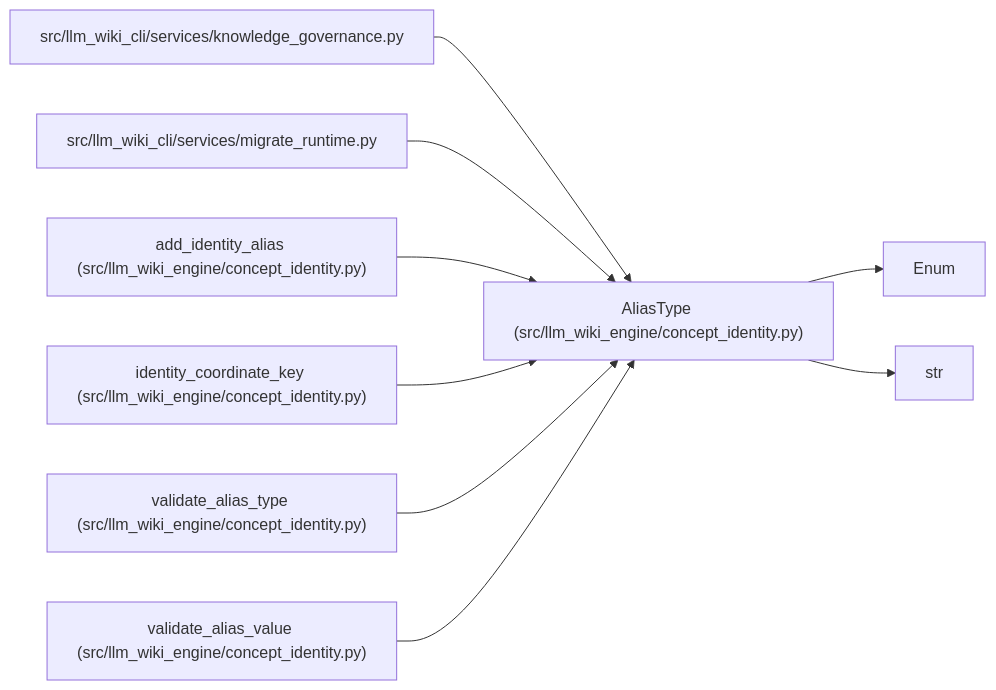
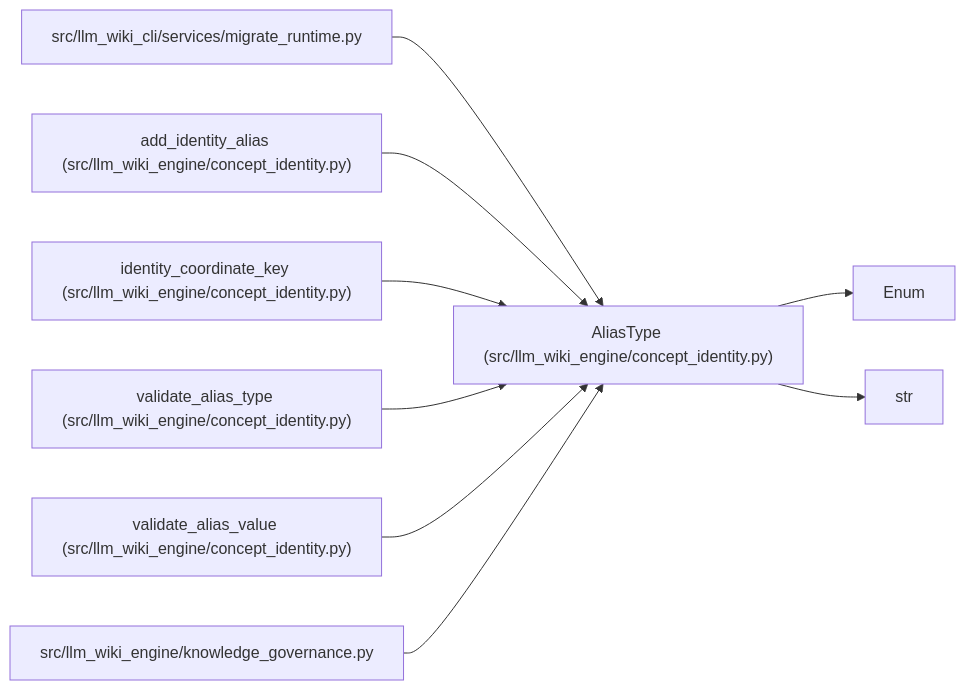
Before and after one commit to Denissvgn/python-wiki-llm: the diagram in docs/llm_wiki/entities/AliasType.md, drawn with Mermaid. The commit also changed 1058 other files, not shown here.

First line of the commit message:
docs: refresh the wiki for the knowledge store move

````diff
--- a/docs/llm_wiki/entities/AliasType.md
+++ b/docs/llm_wiki/entities/AliasType.md
@@ -26,27 +26,27 @@
 ```mermaid
 flowchart LR
     n0["AliasType (src/llm_wiki_engine/concept_identity.py)"]
     n1["Enum"]
     n2["str"]
-    n3["src/llm_wiki_cli/services/knowledge_governance.py"]
-    n4["src/llm_wiki_cli/services/migrate_runtime.py"]
-    n5["add_identity_alias (src/llm_wiki_engine/concept_identity.py)"]
-    n6["identity_coordinate_key (src/llm_wiki_engine/concept_identity.py)"]
-    n7["validate_alias_type (src/llm_wiki_engine/concept_identity.py)"]
-    n8["validate_alias_value (src/llm_wiki_engine/concept_identity.py)"]
+    n3["src/llm_wiki_cli/services/migrate_runtime.py"]
+    n4["add_identity_alias (src/llm_wiki_engine/concept_identity.py)"]
+    n5["identity_coordinate_key (src/llm_wiki_engine/concept_identity.py)"]
+    n6["validate_alias_type (src/llm_wiki_engine/concept_identity.py)"]
+    n7["validate_alias_value (src/llm_wiki_engine/concept_identity.py)"]
+    n8["src/llm_wiki_engine/knowledge_governance.py"]
     n0 --> n1
     n0 --> n2
     n3 --> n0
     n4 --> n0
     n5 --> n0
     n6 --> n0
     n7 --> n0
     n8 --> n0
     click n0 "../modules/concept_identity.md"
-    click n3 "../modules/knowledge_governance.md"
-    click n4 "../modules/migrate_runtime.md"
+    click n3 "../modules/migrate_runtime.md"
+    click n4 "../modules/concept_identity.md"
     click n5 "../modules/concept_identity.md"
     click n6 "../modules/concept_identity.md"
     click n7 "../modules/concept_identity.md"
-    click n8 "../modules/concept_identity.md"
+    click n8 "../modules/knowledge_governance.md"
 ```
````
